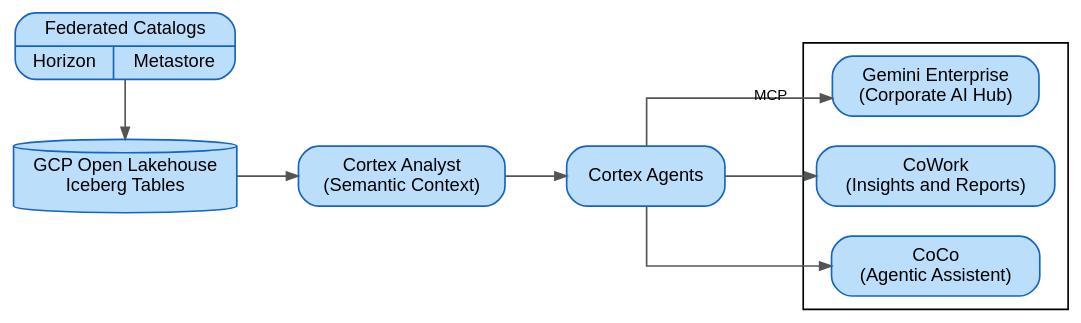
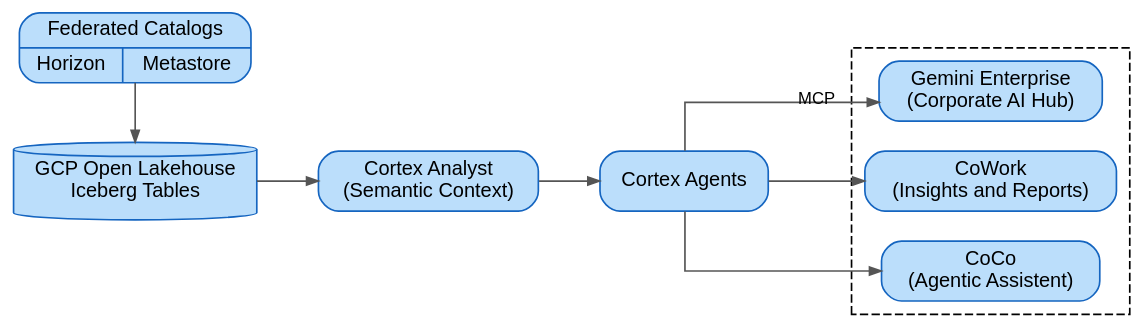
The diagram in hands-on-lab-cortex-gemini/assets/blog-post.md (sfc-gh-akhosro/gcp-snowflake-solutions), drawn with Graphviz before and after one commit. The commit also changed other lines of this file and 3 other files, not shown here.

````diff
--- a/hands-on-lab-cortex-gemini/assets/blog-post.md
+++ b/hands-on-lab-cortex-gemini/assets/blog-post.md
@@ -176,34 +177,37 @@
 ```dot
 digraph cortex_stack {
     rankdir=LR
     splines=ortho;
-    graph [fontname="Helvetica", bgcolor="transparent", pad=0.4]
-    node  [fontname="Helvetica", fontsize=11, style="filled,rounded", shape=box,
+    
+    graph [fontname="Helvetica", bgcolor="transparent", pad=0.4 style=dashed fontsize=14]
+    node  [fontname="Helvetica", fontsize=12, style="filled,rounded", shape=box,
            fillcolor="#BBDEFB", color="#1565C0"]
-    edge  [fontname="Helvetica", fontsize=9, color="#555555", arrowsize=0.7]
+    edge  [fontname="Helvetica", fontsize=10, color="#555555", arrowsize=0.7]
 
     horizon [shape=record label="Federated Catalogs | {Horizon | Metastore}"]
     
     {rank=same; horizon iceberg}
 
     iceberg [label="GCP Open Lakehouse\n Iceberg Tables", shape=cylinder]
     analyst [label="Cortex Analyst\n(Semantic Context)"]
     agent   [label="Cortex Agents"]
     gemini  [label="Gemini Enterprise \n (Corporate AI Hub)"]
     cowork  [label="CoWork \n (Insights and Reports)"]
     coco    [label="CoCo \n (Agentic Assistent)"]
 
     horizon -> iceberg [label="manages"]
     iceberg -> analyst
     analyst -> agent
+
+    agent -> cowork
     agent -> gemini [label="MCP"]
-    agent -> {cowork coco}
+    agent -> coco
     
     subgraph cluster_end_user {
         gemini
         cowork
         coco
     }
 }
 
 ```
````
